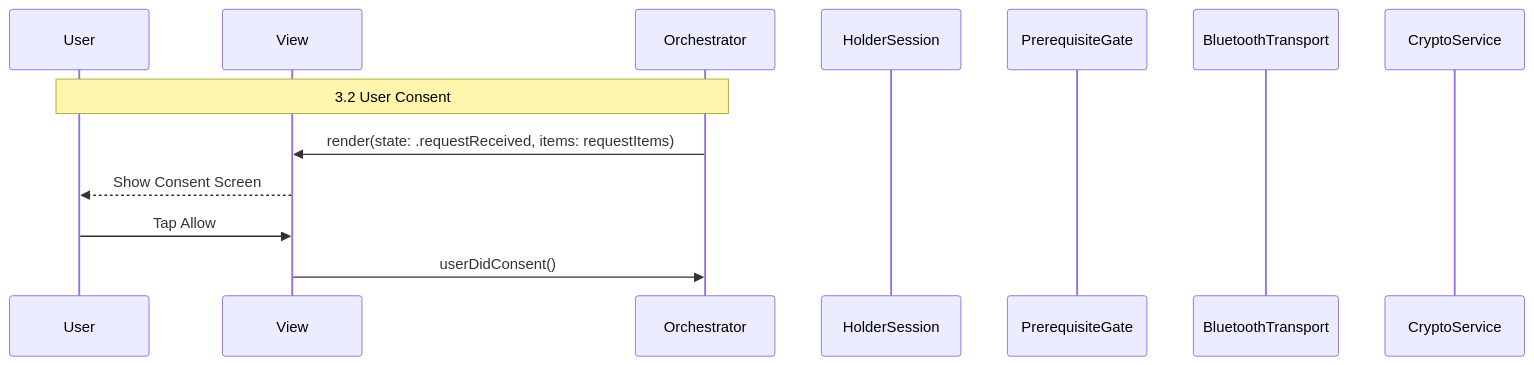
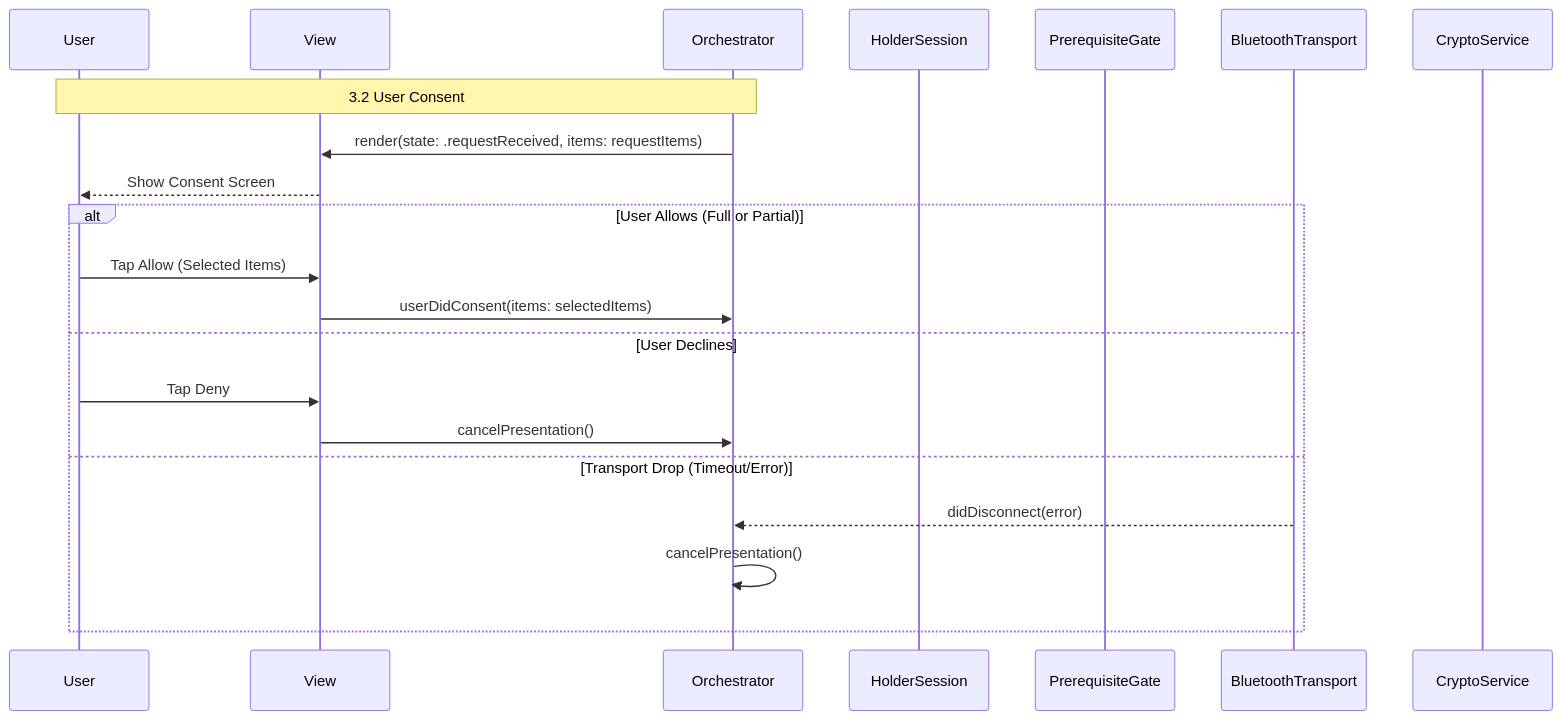
One commit to govuk-one-login/mobile-credential-sharing-docs changed the fifth of 7 diagrams in holder-solution-architecture.md. Above: the diagram before and after it, drawn with Mermaid. The commit also changed other lines of this file, not shown here.

````diff
--- a/holder-solution-architecture.md
+++ b/holder-solution-architecture.md
@@ -333,15 +472,26 @@
 ```mermaid
 sequenceDiagram
     participant User
     participant UI as View
     participant OR as Orchestrator
     participant HS as HolderSession
     participant PG as PrerequisiteGate
     participant BLE as BluetoothTransport
     participant CRY as CryptoService
+
     Note over User, OR: 3.2 User Consent
-    OR ->> UI: render(state: .requestReceived, items: requestItems)
-    UI -->> User: Show Consent Screen
-    User ->> UI: Tap Allow
-    UI ->> OR: userDidConsent()
+
+    OR->>UI: render(state: .requestReceived, items: requestItems)
+    UI-->>User: Show Consent Screen
+
+    alt User Allows (Full or Partial)
+        User->>UI: Tap Allow (Selected Items)
+        UI->>OR: userDidConsent(items: selectedItems)
+    else User Declines
+        User->>UI: Tap Deny
+        UI->>OR: cancelPresentation()
+    else Transport Drop (Timeout/Error)
+        BLE-->>OR: didDisconnect(error)
+        OR->>OR: cancelPresentation()
+    end
 ```
````
